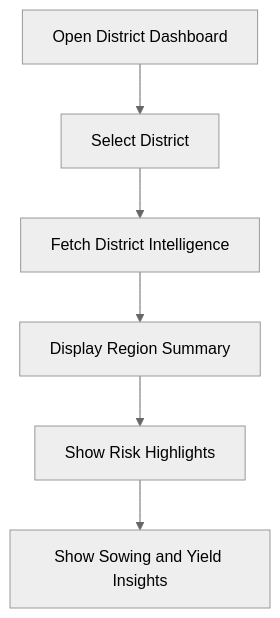
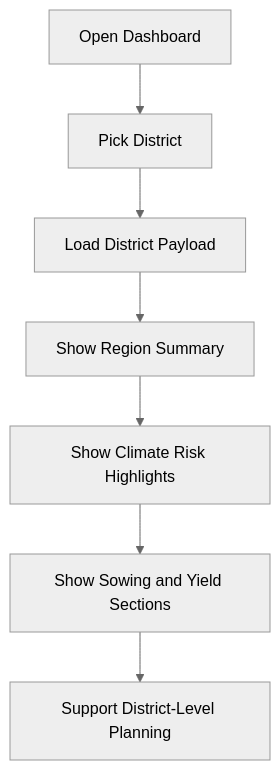
Before and after one commit to SAMxENGINEER/ALL_DOCUMENTATIONS-: the second of 7 diagrams in docs/Projects/FasalMitra/03-user-journeys.md, drawn with Mermaid (neutral theme). The commit also changed other lines of this file and 4 other files, not shown here.

Commit message:
refactor: enhance FasalMitra documentation with detailed user journeys, service contracts, and architectural insights

````diff
--- a/docs/Projects/FasalMitra/03-user-journeys.md
+++ b/docs/Projects/FasalMitra/03-user-journeys.md
@@ -20,8 +42,9 @@
 ```mermaid
 flowchart TD
-    A[Open District Dashboard] --> B[Select District]
-    B --> C[Fetch District Intelligence]
-    C --> D[Display Region Summary]
-    D --> E[Show Risk Highlights]
-    E --> F[Show Sowing and Yield Insights]
+    A[Open Dashboard] --> B[Pick District]
+    B --> C[Load District Payload]
+    C --> D[Show Region Summary]
+    D --> E[Show Climate Risk Highlights]
+    E --> F[Show Sowing and Yield Sections]
+    F --> G[Support District-Level Planning]
 ```
````
